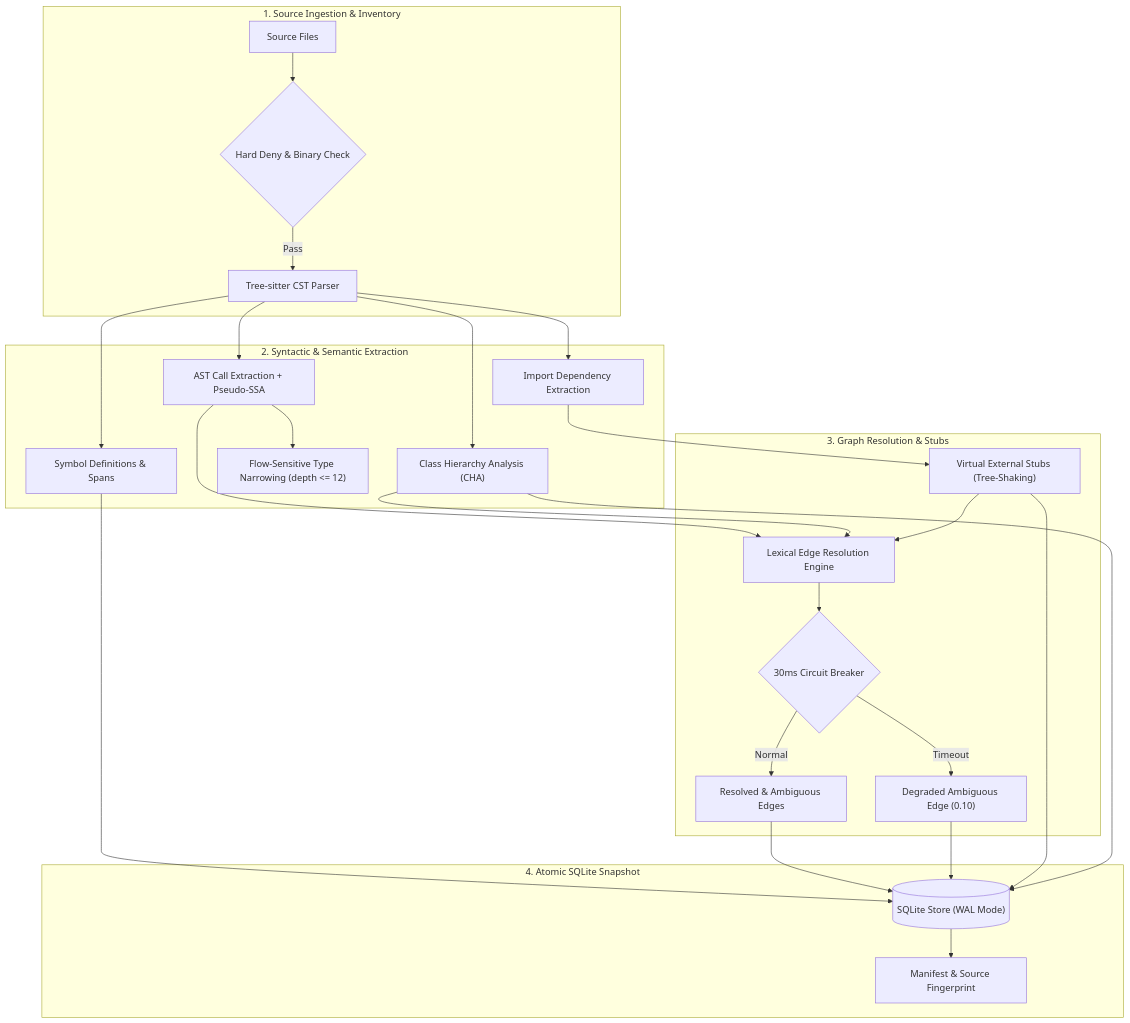
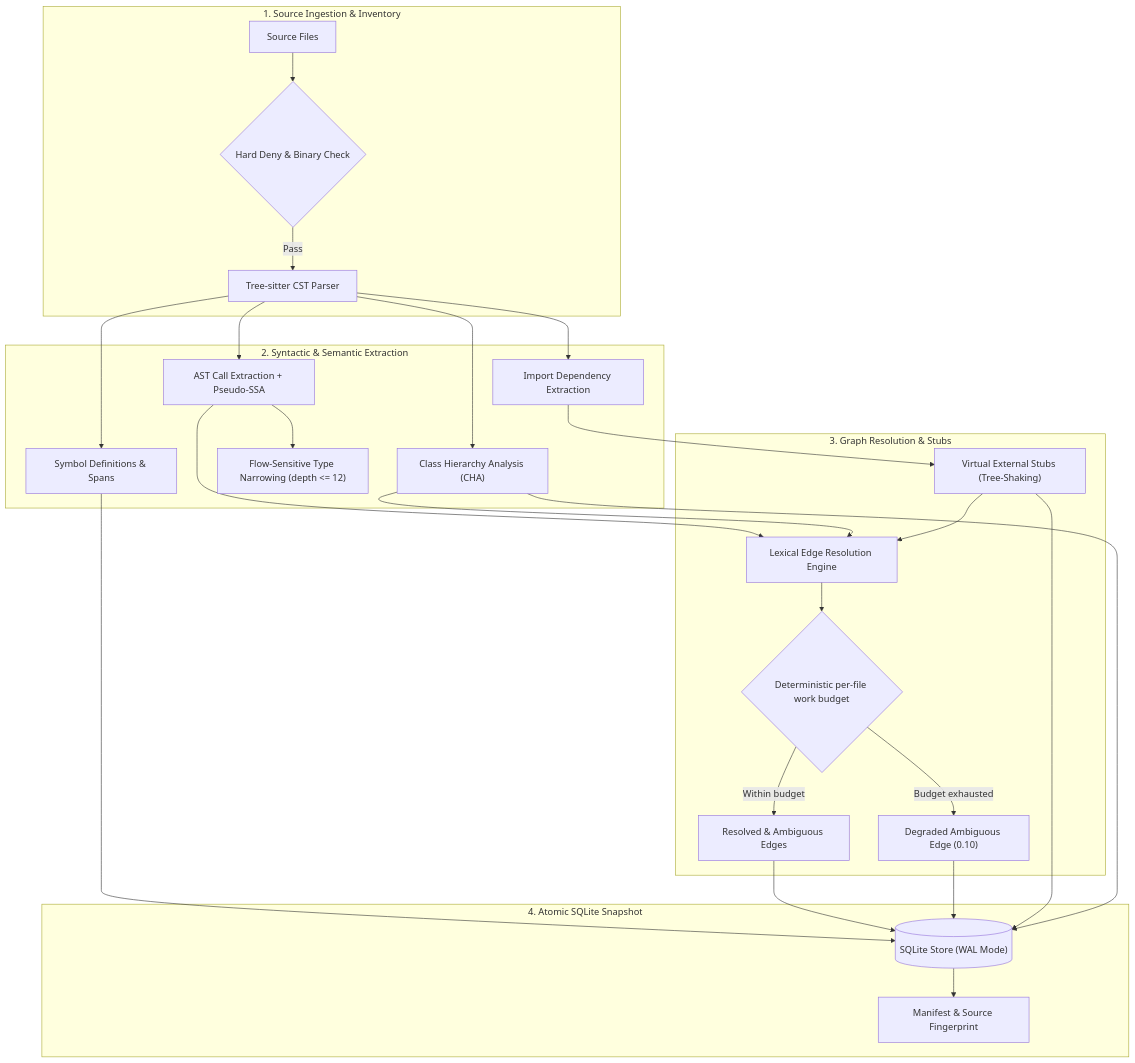
Before and after one commit to MCK564/token-context-mcp: the first of 2 diagrams in README.en.md, drawn with Mermaid. The commit also changed other lines of this file and 53 other files, not shown here.

````diff
--- a/README.en.md
+++ b/README.en.md
@@ -52,34 +76,34 @@
 ```mermaid
 flowchart TD
     subgraph Ingestion ["1. Source Ingestion & Inventory"]
         SRC["Source Files"] --> DENY{"Hard Deny & Binary Check"}
         DENY -->|Pass| TS["Tree-sitter CST Parser"]
     end
 
     subgraph Extraction ["2. Syntactic & Semantic Extraction"]
         TS --> SYM["Symbol Definitions & Spans"]
         TS --> IMP["Import Dependency Extraction"]
         TS --> CHA["Class Hierarchy Analysis (CHA)"]
         TS --> CALL["AST Call Extraction + Pseudo-SSA"]
         CALL --> NARROW["Flow-Sensitive Type Narrowing (depth <= 12)"]
     end
 
     subgraph Resolution ["3. Graph Resolution & Stubs"]
         IMP --> STUBS["Virtual External Stubs (Tree-Shaking)"]
         CALL --> RESOLVE["Lexical Edge Resolution Engine"]
         CHA --> RESOLVE
         STUBS --> RESOLVE
-        RESOLVE --> CB{"30ms Circuit Breaker"}
-        CB -->|Normal| EDGES["Resolved & Ambiguous Edges"]
-        CB -->|Timeout| AMBIG["Degraded Ambiguous Edge (0.10)"]
+        RESOLVE --> CB{"Deterministic per-file work budget"}
+        CB -->|Within budget| EDGES["Resolved & Ambiguous Edges"]
+        CB -->|Budget exhausted| AMBIG["Degraded Ambiguous Edge (0.10)"]
     end
 
     subgraph Storage ["4. Atomic SQLite Snapshot"]
         SYM --> SQLITE[("SQLite Store (WAL Mode)")]
         EDGES --> SQLITE
         AMBIG --> SQLITE
         STUBS --> SQLITE
         CHA --> SQLITE
         SQLITE --> MANIFEST["Manifest & Source Fingerprint"]
     end
 ```
````
